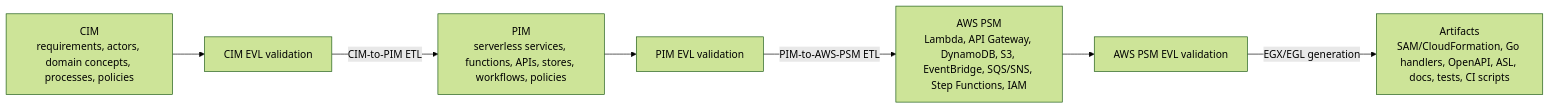
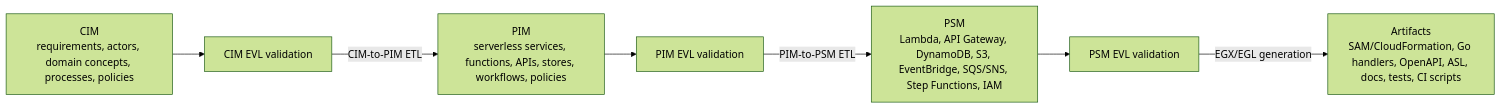
One commit to mehdieidi/modriss changed the first of 4 diagrams in docs/diagrams/18-mde-end-to-end-pipeline.md. Above: the diagram before and after it, drawn with Mermaid (forest theme). The commit also changed other lines of this file and 193 other files, not shown here.

Commit message:
docs: change aws psm to psm

````diff
--- a/docs/diagrams/18-mde-end-to-end-pipeline.md
+++ b/docs/diagrams/18-mde-end-to-end-pipeline.md
@@ -5,14 +5,14 @@
 ```mermaid
 flowchart LR
     cim["CIM<br/>requirements, actors, domain concepts, processes, policies"]
     validateCim["CIM EVL validation"]
     pim["PIM<br/>serverless services, functions, APIs, stores, workflows, policies"]
     validatePim["PIM EVL validation"]
-    psm["AWS PSM<br/>Lambda, API Gateway, DynamoDB, S3, EventBridge, SQS/SNS, Step Functions, IAM"]
-    validatePsm["AWS PSM EVL validation"]
+    psm["PSM<br/>Lambda, API Gateway, DynamoDB, S3, EventBridge, SQS/SNS, Step Functions, IAM"]
+    validatePsm["PSM EVL validation"]
     artifacts["Artifacts<br/>SAM/CloudFormation, Go handlers, OpenAPI, ASL, docs, tests, CI scripts"]
 
     cim --> validateCim -->|"CIM-to-PIM ETL"| pim
-    pim --> validatePim -->|"PIM-to-AWS-PSM ETL"| psm
+    pim --> validatePim -->|"PIM-to-PSM ETL"| psm
     psm --> validatePsm -->|"EGX/EGL generation"| artifacts
 ```
````
